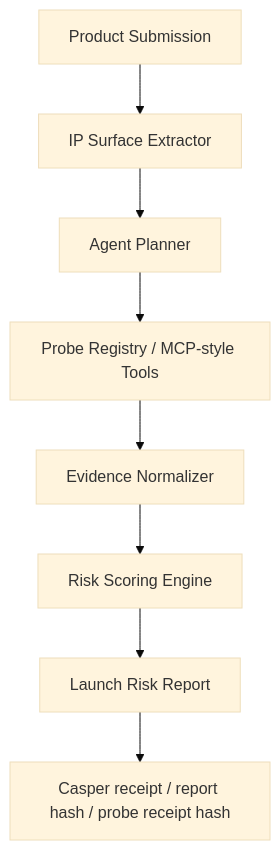
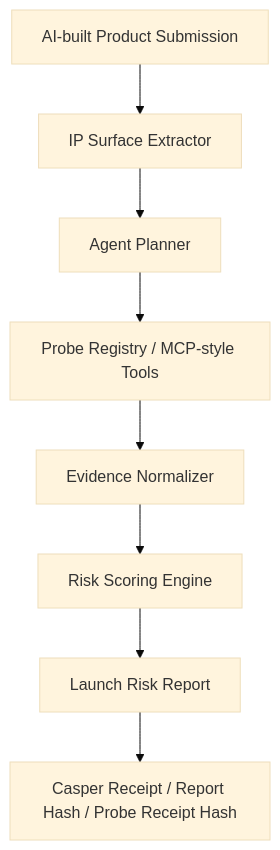
The first of 2 diagrams in README.md (StuartCHAN/ip-breaker), drawn with Mermaid (base theme) before and after one commit. The commit also changed other lines of this file, not shown here.

````diff
--- a/README.md
+++ b/README.md
@@ -93,10 +112,10 @@
 ```mermaid
 flowchart TD
-  A[Product Submission] --> B[IP Surface Extractor]
+  A[AI-built Product Submission] --> B[IP Surface Extractor]
   B --> C[Agent Planner]
   C --> D[Probe Registry / MCP-style Tools]
   D --> E[Evidence Normalizer]
   E --> F[Risk Scoring Engine]
   F --> G[Launch Risk Report]
-  G --> H[Casper receipt / report hash / probe receipt hash]
+  G --> H[Casper Receipt / Report Hash / Probe Receipt Hash]
 ```
````
